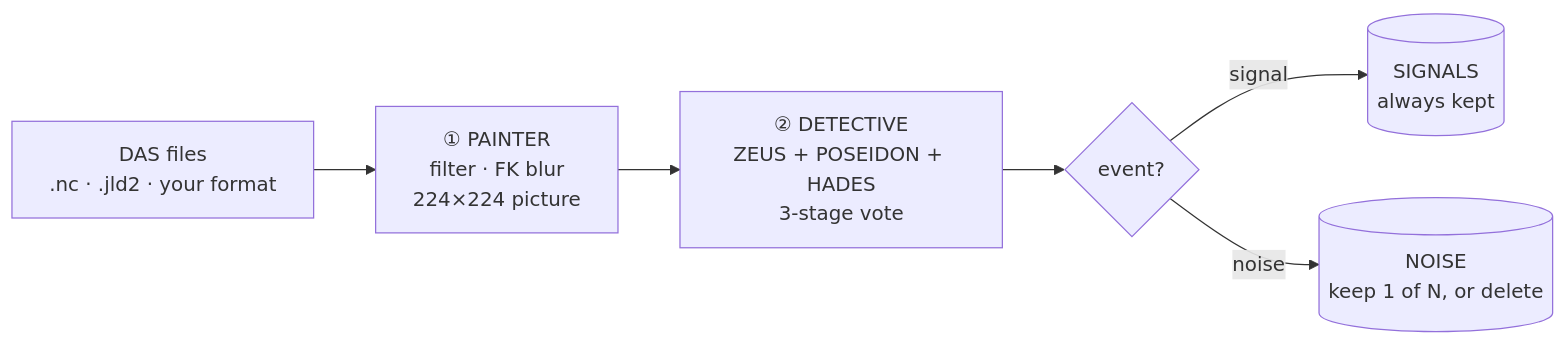
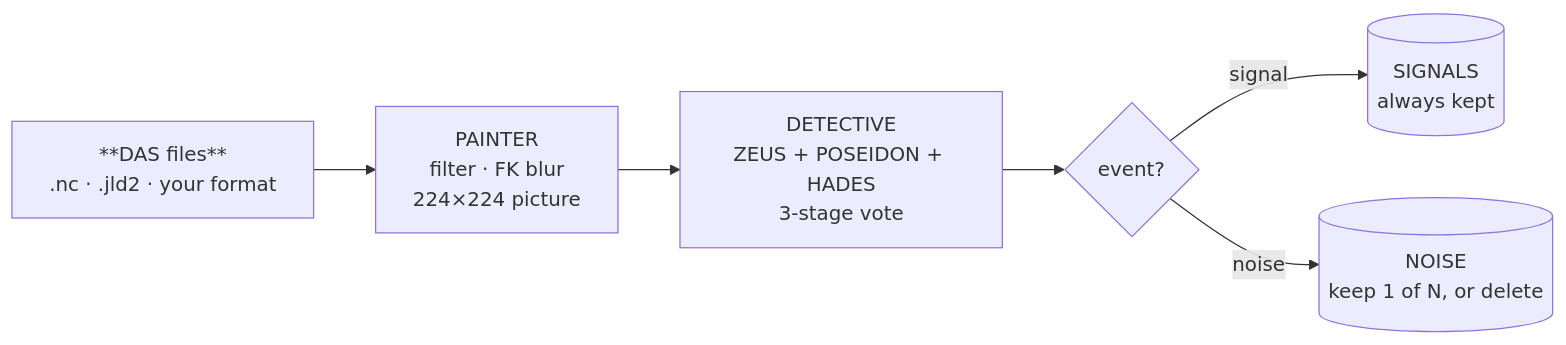
The diagram in README.md (marianoarnaiz/DASight.jl), drawn with Mermaid before and after one commit.

````diff
--- a/README.md
+++ b/README.md
@@ -44,8 +44,8 @@
 ```mermaid
 flowchart LR
-    A["DAS files<br/>.nc · .jld2 · your format"] --> B["① PAINTER<br/>filter · FK blur<br/>224×224 picture"]
-    B --> C["② DETECTIVE<br/>ZEUS + POSEIDON + HADES<br/>3-stage vote"]
+    A["**DAS files**<br/>.nc · .jld2 · your format"] --> B["PAINTER<br/>filter · FK blur<br/>224×224 picture"]
+    B --> C["DETECTIVE<br/>ZEUS + POSEIDON + HADES<br/>3-stage vote"]
     C --> D{event?}
     D -- signal --> E[("SIGNALS<br/>always kept")]
     D -- noise --> F[("NOISE<br/>keep 1 of N, or delete")]
 ```
````
